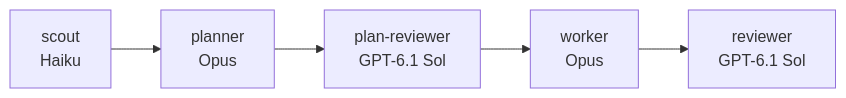
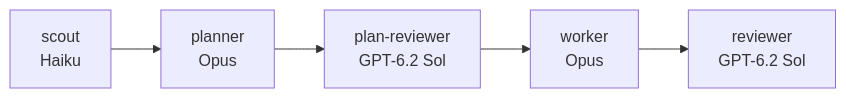
One commit to halfmoon-mind/pi-halfmoon-setup changed the second of 2 diagrams in README.ko.md. Above: the diagram before and after it, drawn with Mermaid. The commit also changed other lines of this file and 6 other files, not shown here.

````diff
--- a/README.ko.md
+++ b/README.ko.md
@@ -20,4 +20,4 @@
 ```mermaid
 flowchart LR
-  scout["scout<br/>Haiku"] --> planner["planner<br/>Opus"] --> pr["plan-reviewer<br/>GPT-6.1 Sol"] --> worker["worker<br/>Opus"] --> reviewer["reviewer<br/>GPT-6.1 Sol"]
+  scout["scout<br/>Haiku"] --> planner["planner<br/>Opus"] --> pr["plan-reviewer<br/>GPT-6.2 Sol"] --> worker["worker<br/>Opus"] --> reviewer["reviewer<br/>GPT-6.2 Sol"]
 ```
````
